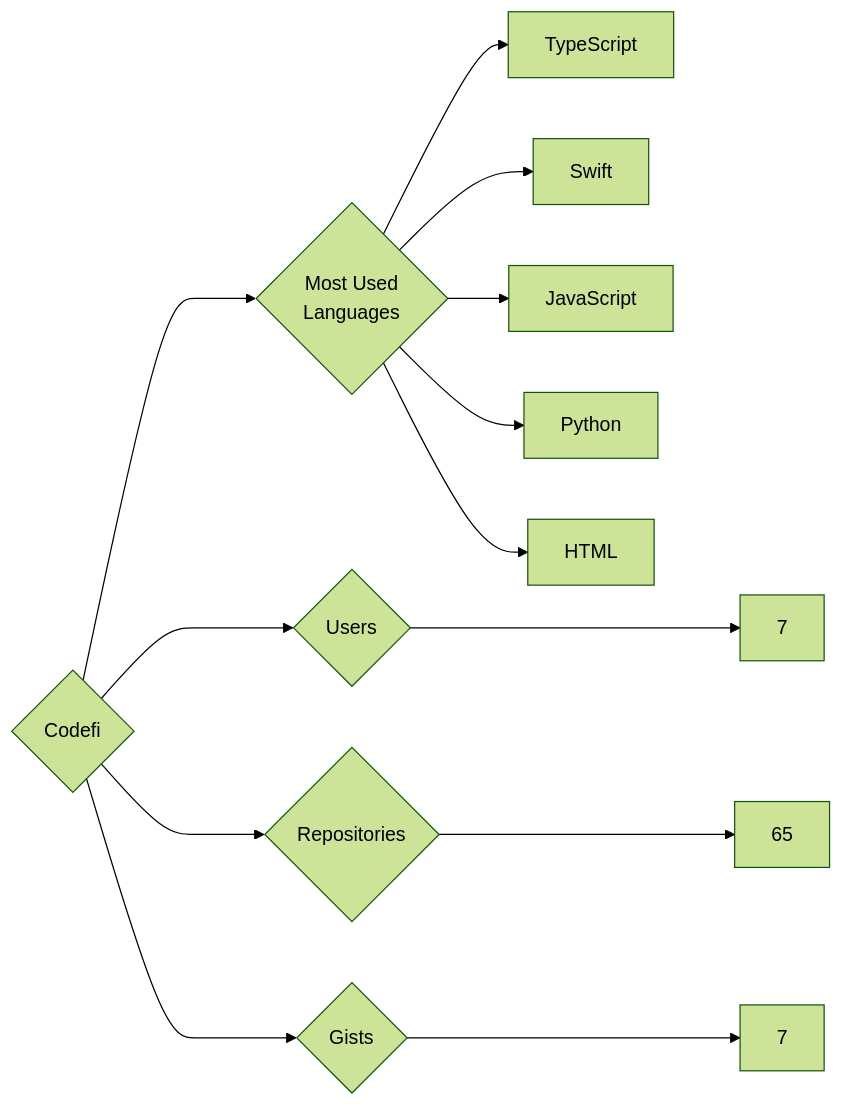
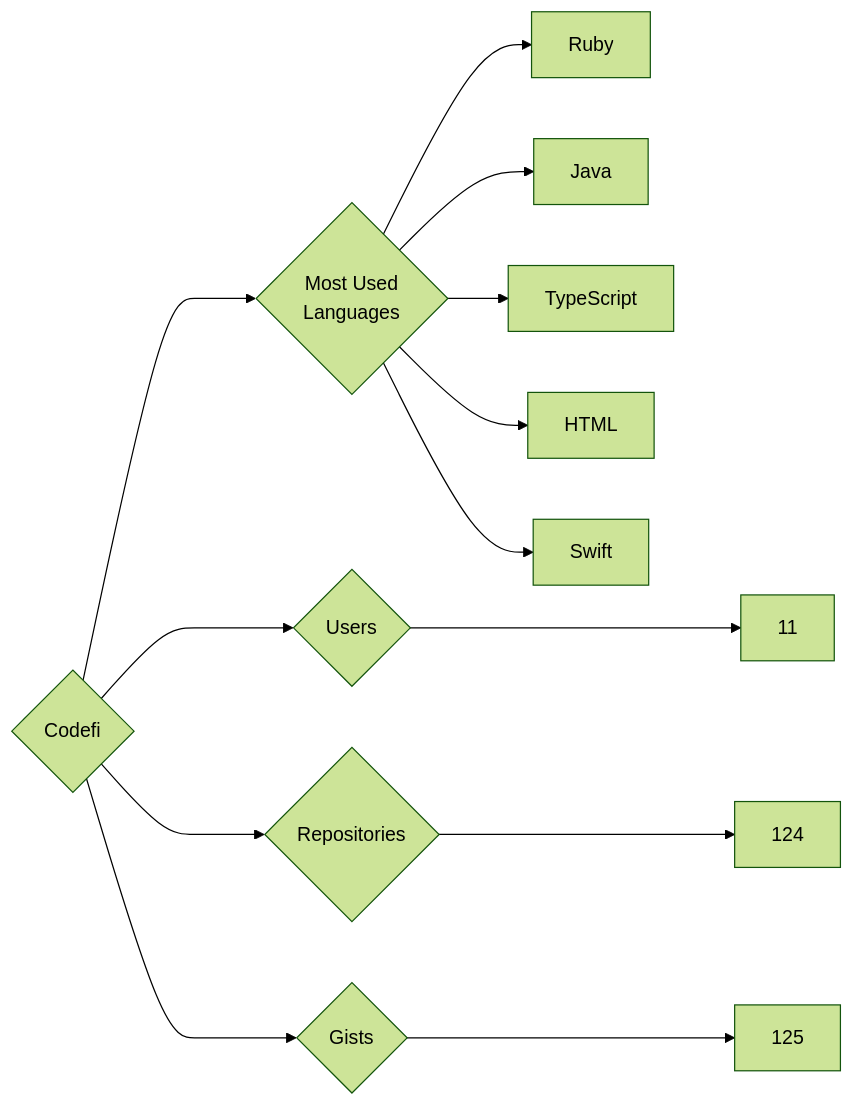
One commit to trickest/insiders changed the diagram in targets/Codefi/README.md. Above: the diagram before and after it, drawn with Mermaid (forest theme). The commit also changed 594 other files, not shown here.

````diff
--- a/targets/Codefi/README.md
+++ b/targets/Codefi/README.md
@@ -3,13 +3,13 @@
 ```mermaid
 graph LR
 COMPANY_NAME{Codefi}
-COMPANY_NAME ---> U{Users} ---> UN[7]
-COMPANY_NAME ---> R{Repositories} ---> RN[65]
-COMPANY_NAME ---> G{Gists} ---> GN[7]
+COMPANY_NAME ---> U{Users} ---> UN[11]
+COMPANY_NAME ---> R{Repositories} ---> RN[124]
+COMPANY_NAME ---> G{Gists} ---> GN[125]
 COMPANY_NAME ---> ML{Most Used<br>Languages}
+ML --> Ruby[Ruby]
+ML --> Java[Java]
 ML --> TypeScript[TypeScript]
+ML --> HTML[HTML]
 ML --> Swift[Swift]
-ML --> JavaScript[JavaScript]
-ML --> Python[Python]
-ML --> HTML[HTML]
 ```
````
